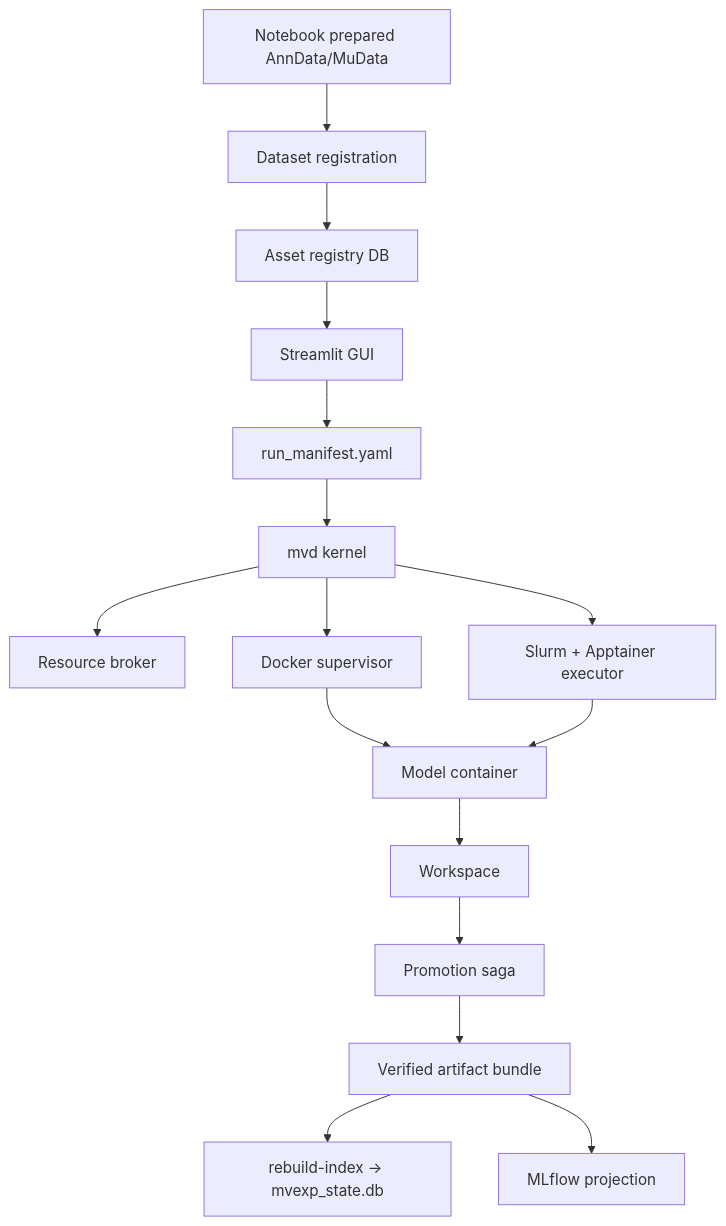
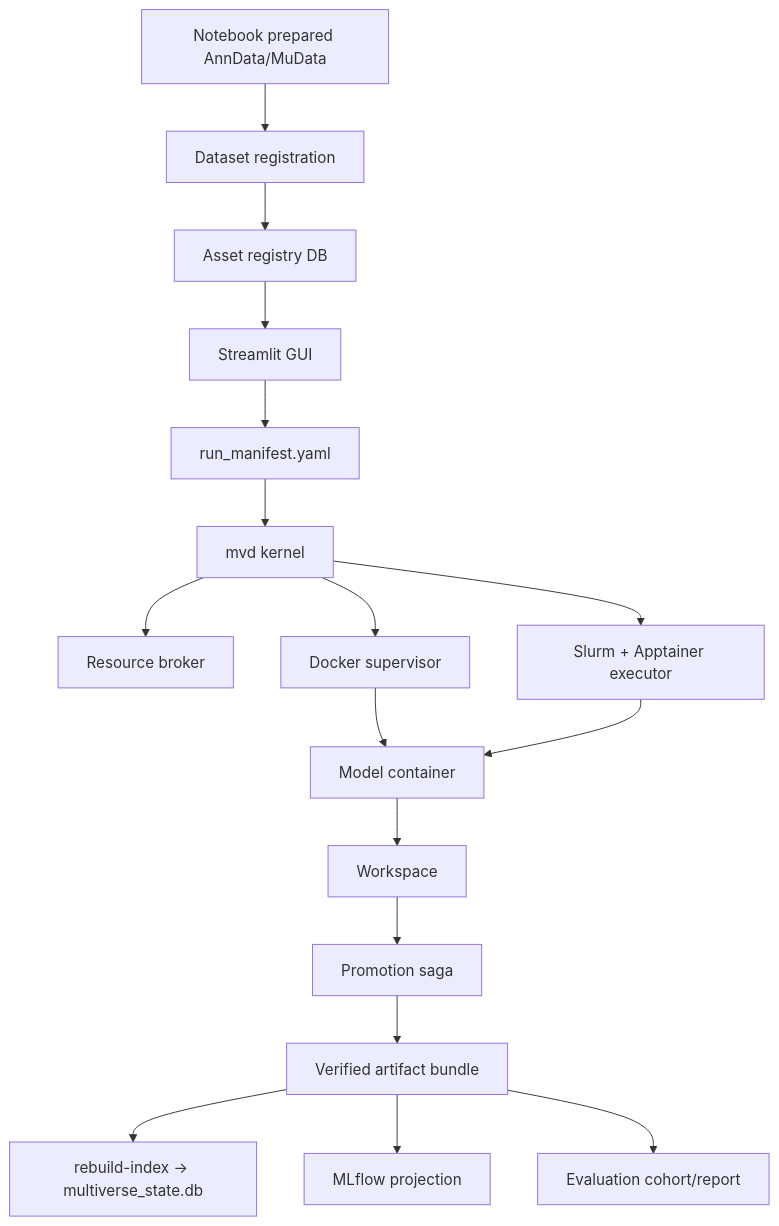
The diagram in docs/ARCHITECTURE.md (sifrimlab/multiverse), drawn with Mermaid before and after one commit. The commit also changed other lines of this file and 103 other files, not shown here.

````diff
--- a/docs/ARCHITECTURE.md
+++ b/docs/ARCHITECTURE.md
@@ -18,18 +18,19 @@
 ```mermaid
 flowchart TD
     A[Notebook prepared AnnData/MuData] --> B[Dataset registration]
     B --> C[Asset registry DB]
     C --> D[Streamlit GUI]
     D --> E[run_manifest.yaml]
     E --> F[mvd kernel]
     F --> G[Resource broker]
     F --> H1[Docker supervisor]
     F --> H2[Slurm + Apptainer executor]
     H1 --> I[Model container]
     H2 --> I
     I --> J[Workspace]
     J --> K[Promotion saga]
     K --> L[Verified artifact bundle]
-    L --> M[rebuild-index → mvexp_state.db]
+    L --> M[rebuild-index → multiverse_state.db]
     L --> N[MLflow projection]
+    L --> O[Evaluation cohort/report]
 ```
````
